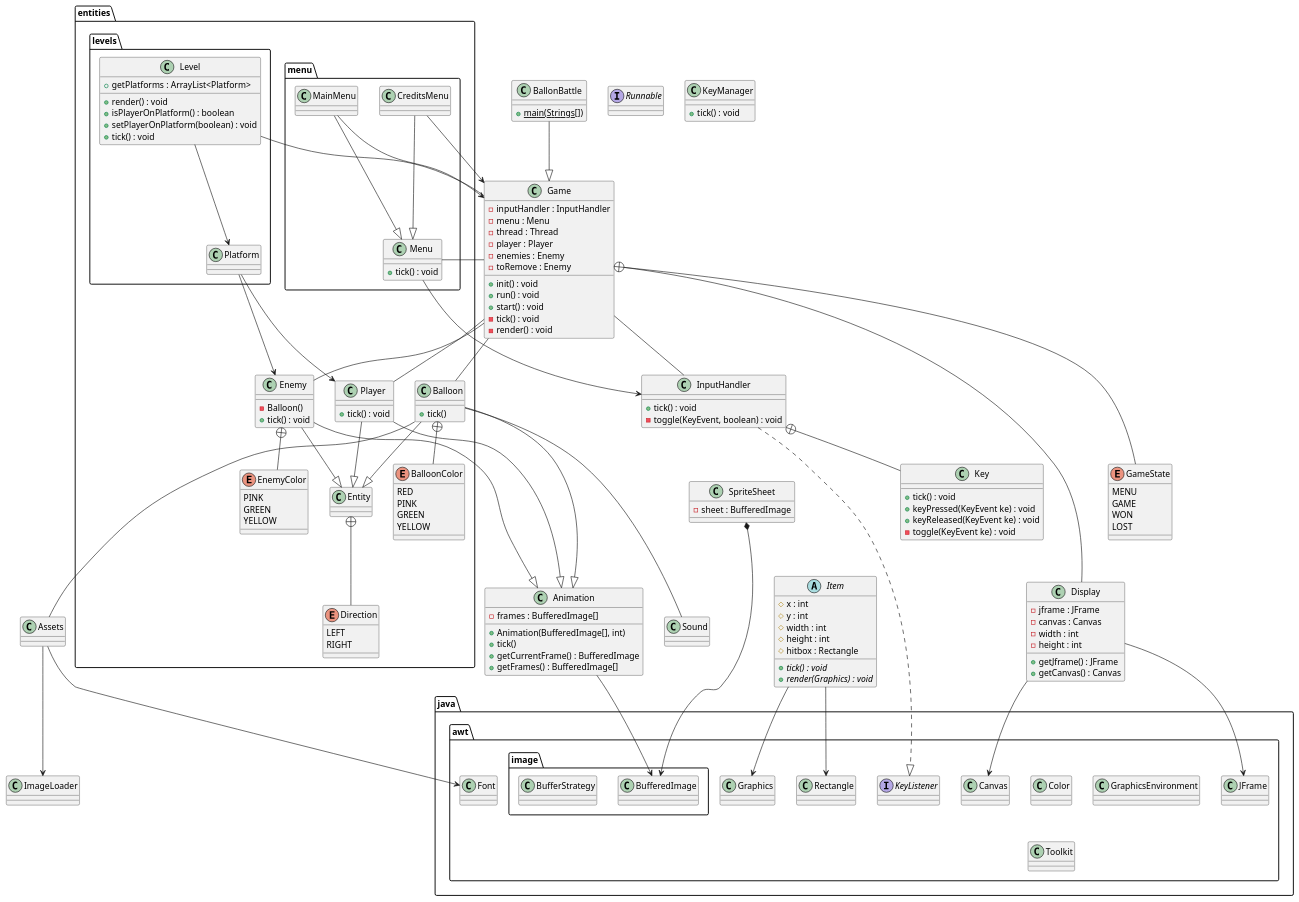
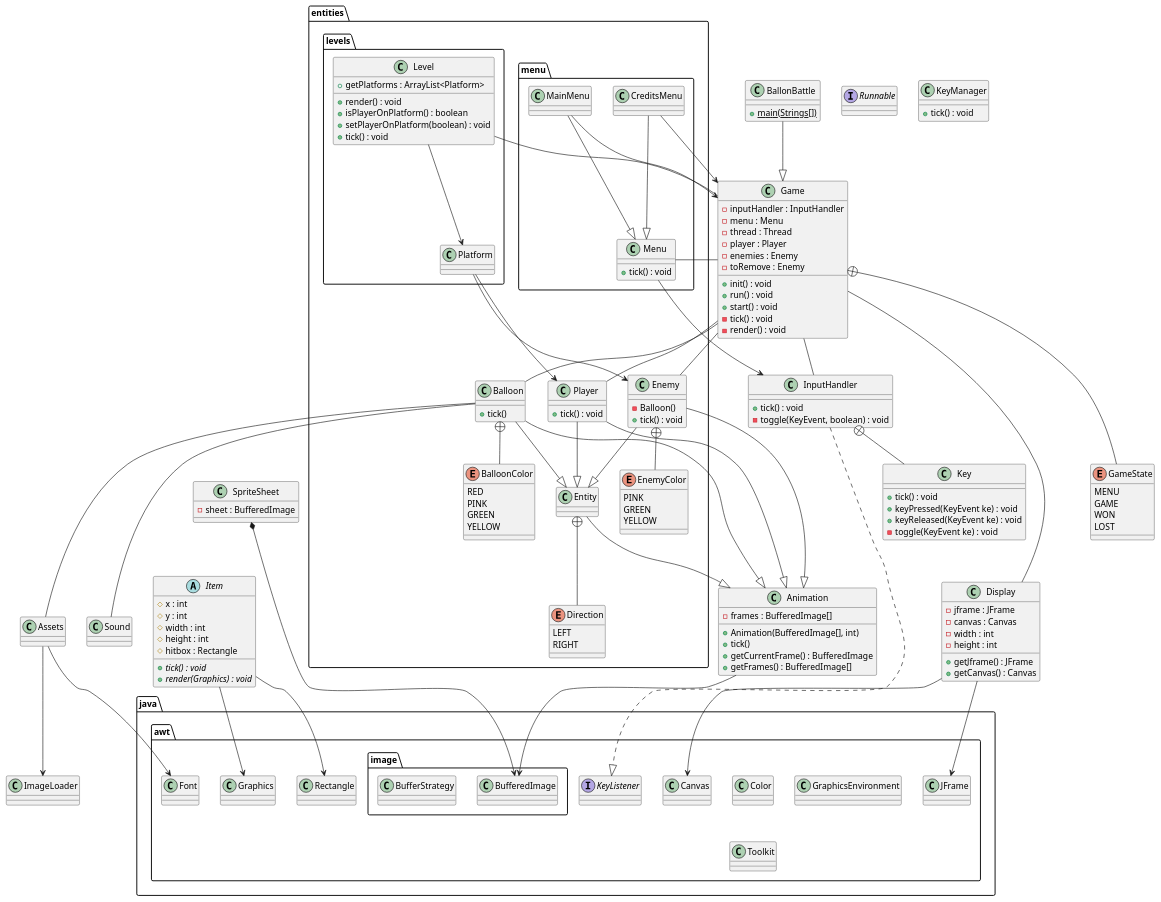
Before and after one commit to carl-stewart/balloon-battle: the diagram in doc/1-UML.puml, drawn with PlantUML.

Commit message:
updated uml

```diff
--- a/doc/1-UML.puml
+++ b/doc/1-UML.puml
@@ -192,7 +192,10 @@
 InputHandler +-- Key
 
 Entity +-- Direction
-    Enemy +-- EnemyColor
+Entity --|> Animation
+
+Enemy +-- EnemyColor
+
 
 Game -- Enemy
 Game -- Player
```
